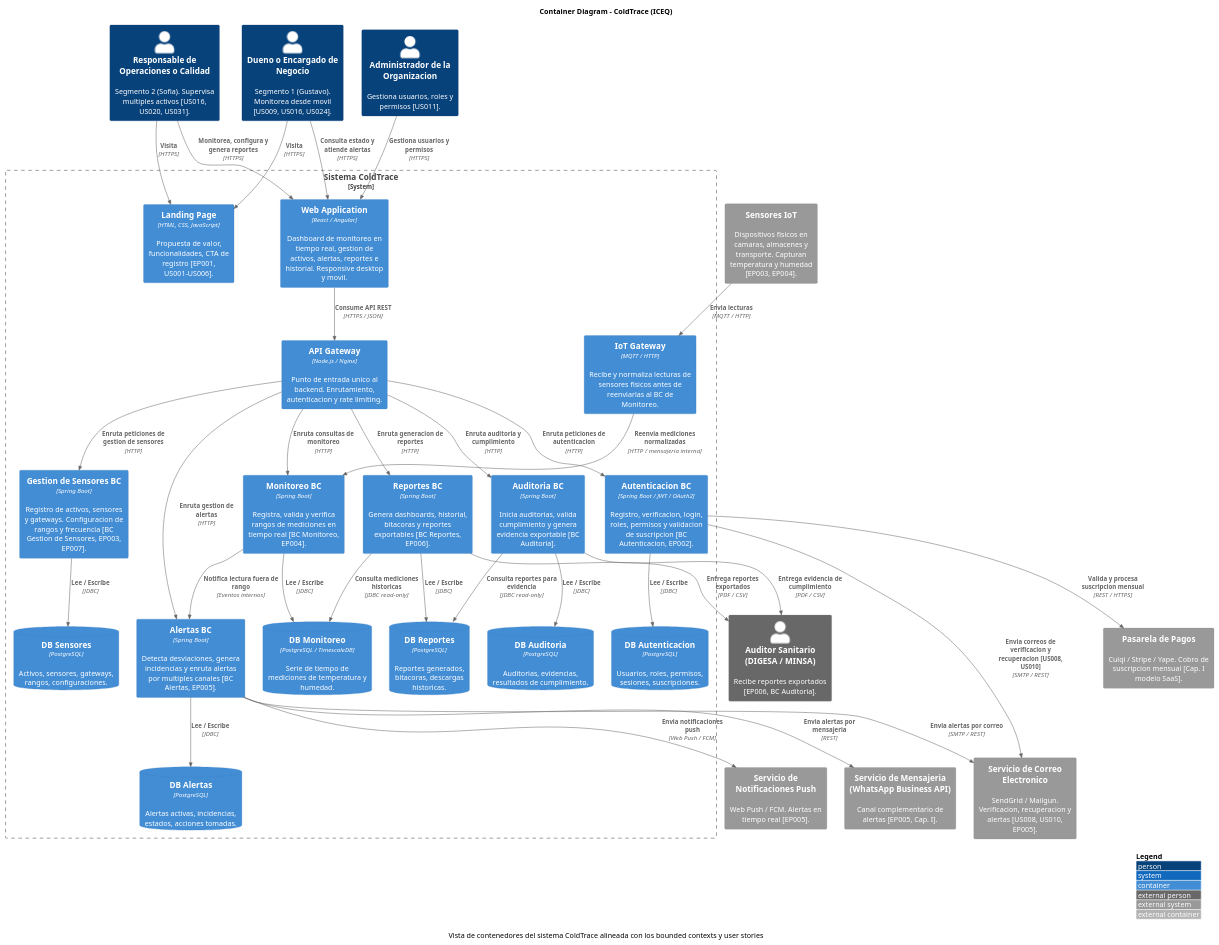
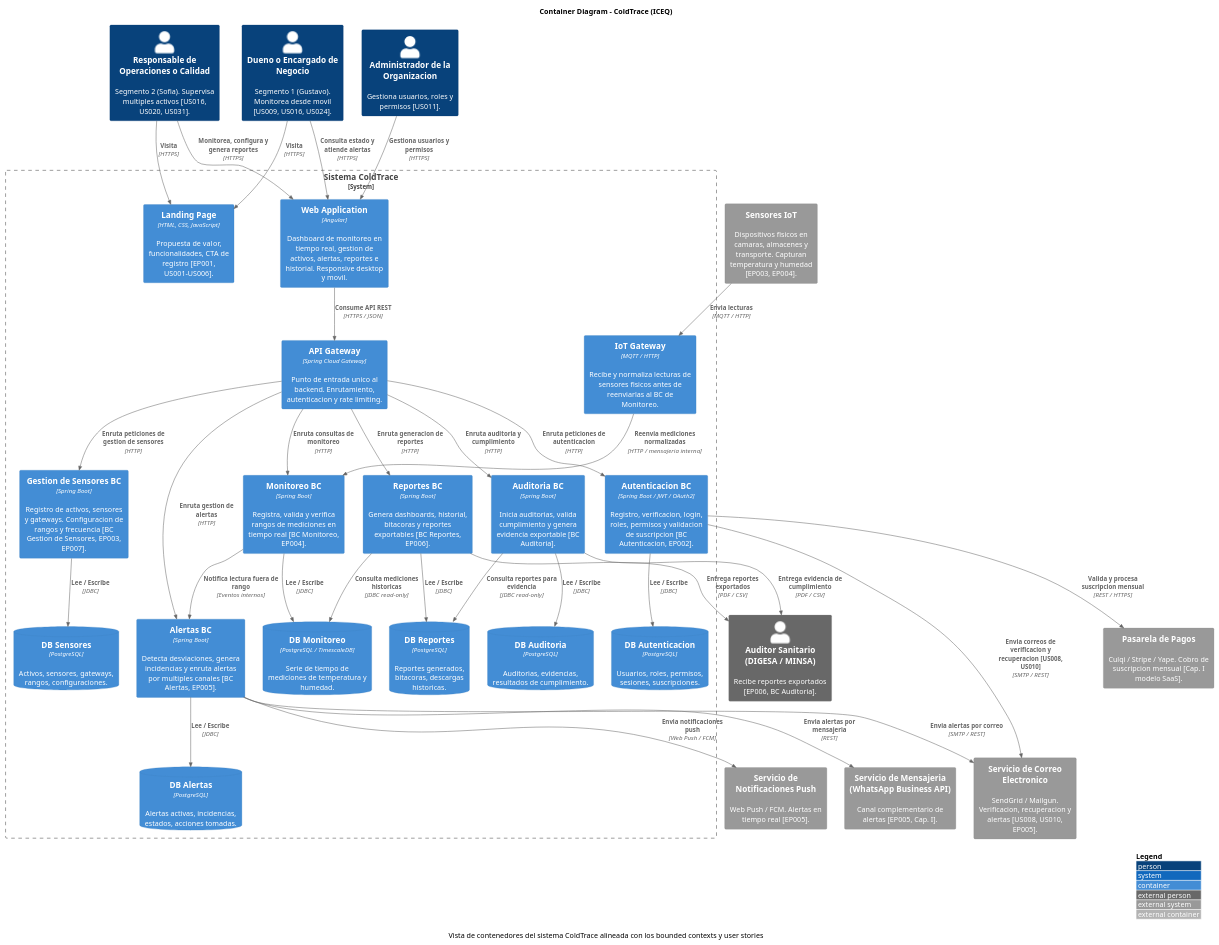
Before and after one commit to ICEQ2026/informe-del-proyecto: the diagram in report/assets/chapter-04/containerdiagram/containerdiagram.puml, drawn with PlantUML.

Commit message:
Fix container diagram: use Angular and Spring Cloud Gateway

```diff
--- a/report/assets/chapter-04/containerdiagram/containerdiagram.puml
+++ b/report/assets/chapter-04/containerdiagram/containerdiagram.puml
@@ -1,118 +1,118 @@
 @startuml ColdTrace-Container-Diagram
 !include https://raw.githubusercontent.com/plantuml-stdlib/C4-PlantUML/master/C4_Container.puml
 
 title Container Diagram - ColdTrace (ICEQ)
 caption Vista de contenedores del sistema ColdTrace alineada con los bounded contexts y user stories
 
 LAYOUT_WITH_LEGEND()
 LAYOUT_TOP_DOWN()
 
 ' Actores principales
 Person(duenio, "Dueno o Encargado de Negocio", "Segmento 1 (Gustavo). Monitorea desde movil [US009, US016, US024].")
 
 Person(responsable, "Responsable de Operaciones o Calidad", "Segmento 2 (Sofia). Supervisa multiples activos [US016, US020, US031].")
 
 Person(admin, "Administrador de la Organizacion", "Gestiona usuarios, roles y permisos [US011].")
 
 Person_Ext(auditor, "Auditor Sanitario (DIGESA / MINSA)", "Recibe reportes exportados [EP006, BC Auditoria].")
 
 ' Sistemas externos
 System_Ext(sensores, "Sensores IoT", "Dispositivos fisicos en camaras, almacenes y transporte. Capturan temperatura y humedad [EP003, EP004].")
 
 System_Ext(email, "Servicio de Correo Electronico", "SendGrid / Mailgun. Verificacion, recuperacion y alertas [US008, US010, EP005].")
 
 System_Ext(push, "Servicio de Notificaciones Push", "Web Push / FCM. Alertas en tiempo real [EP005].")
 
 System_Ext(whatsapp, "Servicio de Mensajeria (WhatsApp Business API)", "Canal complementario de alertas [EP005, Cap. I].")
 
 System_Ext(pagos, "Pasarela de Pagos", "Culqi / Stripe / Yape. Cobro de suscripcion mensual [Cap. I modelo SaaS].")
 
 ' Contenedores principales de ColdTrace
 System_Boundary(coldtrace, "Sistema ColdTrace") {
 
     ' Capa de presentación
     Container(landing, "Landing Page", "HTML, CSS, JavaScript", "Propuesta de valor, funcionalidades, CTA de registro [EP001, US001-US006].")
 
-    Container(webapp, "Web Application", "React / Angular", "Dashboard de monitoreo en tiempo real, gestion de activos, alertas, reportes e historial. Responsive desktop y movil.")
+    Container(webapp, "Web Application", "Angular", "Dashboard de monitoreo en tiempo real, gestion de activos, alertas, reportes e historial. Responsive desktop y movil.")
 
     ' Gateways
-    Container(apigateway, "API Gateway", "Node.js / Nginx", "Punto de entrada unico al backend. Enrutamiento, autenticacion y rate limiting.")
+    Container(apigateway, "API Gateway", "Spring Cloud Gateway", "Punto de entrada unico al backend. Enrutamiento, autenticacion y rate limiting.")
 
     Container(iotgateway, "IoT Gateway", "MQTT / HTTP", "Recibe y normaliza lecturas de sensores fisicos antes de reenviarlas al BC de Monitoreo.")
 
     ' Servicios por contexto
     Container(auth_svc, "Autenticacion BC", "Spring Boot / JWT / OAuth2", "Registro, verificacion, login, roles, permisos y validacion de suscripcion [BC Autenticacion, EP002].")
 
     Container(sensors_svc, "Gestion de Sensores BC", "Spring Boot", "Registro de activos, sensores y gateways. Configuracion de rangos y frecuencia [BC Gestion de Sensores, EP003, EP007].")
 
     Container(monitor_svc, "Monitoreo BC", "Spring Boot", "Registra, valida y verifica rangos de mediciones en tiempo real [BC Monitoreo, EP004].")
 
     Container(alerts_svc, "Alertas BC", "Spring Boot", "Detecta desviaciones, genera incidencias y enruta alertas por multiples canales [BC Alertas, EP005].")
 
     Container(reports_svc, "Reportes BC", "Spring Boot", "Genera dashboards, historial, bitacoras y reportes exportables [BC Reportes, EP006].")
 
     Container(audit_svc, "Auditoria BC", "Spring Boot", "Inicia auditorias, valida cumplimiento y genera evidencia exportable [BC Auditoria].")
 
     ' Bases de datos por contexto
     ContainerDb(db_auth, "DB Autenticacion", "PostgreSQL", "Usuarios, roles, permisos, sesiones, suscripciones.")
 
     ContainerDb(db_sensors, "DB Sensores", "PostgreSQL", "Activos, sensores, gateways, rangos, configuraciones.")
 
     ContainerDb(db_monitor, "DB Monitoreo", "PostgreSQL / TimescaleDB", "Serie de tiempo de mediciones de temperatura y humedad.")
 
     ContainerDb(db_alerts, "DB Alertas", "PostgreSQL", "Alertas activas, incidencias, estados, acciones tomadas.")
 
     ContainerDb(db_reports, "DB Reportes", "PostgreSQL", "Reportes generados, bitacoras, descargas historicas.")
 
     ContainerDb(db_audit, "DB Auditoria", "PostgreSQL", "Auditorias, evidencias, resultados de cumplimiento.")
 }
 
 ' Relaciones principales
 
 ' Acceso de usuarios al frontend
 Rel(duenio, landing, "Visita", "HTTPS")
 Rel(responsable, landing, "Visita", "HTTPS")
 Rel(duenio, webapp, "Consulta estado y atiende alertas", "HTTPS")
 Rel(responsable, webapp, "Monitorea, configura y genera reportes", "HTTPS")
 Rel(admin, webapp, "Gestiona usuarios y permisos", "HTTPS")
 
 ' Comunicación del frontend con el backend
 Rel(webapp, apigateway, "Consume API REST", "HTTPS / JSON")
 
 ' Flujo de lecturas desde dispositivos IoT
 Rel(sensores, iotgateway, "Envia lecturas", "MQTT / HTTP")
 Rel(iotgateway, monitor_svc, "Reenvia mediciones normalizadas", "HTTP / mensajeria interna")
 
 ' Enrutamiento desde el API Gateway
 Rel(apigateway, auth_svc, "Enruta peticiones de autenticacion", "HTTP")
 Rel(apigateway, sensors_svc, "Enruta peticiones de gestion de sensores", "HTTP")
 Rel(apigateway, monitor_svc, "Enruta consultas de monitoreo", "HTTP")
 Rel(apigateway, alerts_svc, "Enruta gestion de alertas", "HTTP")
 Rel(apigateway, reports_svc, "Enruta generacion de reportes", "HTTP")
 Rel(apigateway, audit_svc, "Enruta auditoria y cumplimiento", "HTTP")
 
 ' Persistencia por contexto
 Rel(auth_svc, db_auth, "Lee / Escribe", "JDBC")
 Rel(sensors_svc, db_sensors, "Lee / Escribe", "JDBC")
 Rel(monitor_svc, db_monitor, "Lee / Escribe", "JDBC")
 Rel(alerts_svc, db_alerts, "Lee / Escribe", "JDBC")
 Rel(reports_svc, db_reports, "Lee / Escribe", "JDBC")
 Rel(audit_svc, db_audit, "Lee / Escribe", "JDBC")
 
 ' Comunicación entre contextos
 Rel(monitor_svc, alerts_svc, "Notifica lectura fuera de rango", "Eventos internos")
 Rel(reports_svc, db_monitor, "Consulta mediciones historicas", "JDBC read-only")
 Rel(audit_svc, db_reports, "Consulta reportes para evidencia", "JDBC read-only")
 
 ' Integración con servicios externos
 Rel(auth_svc, email, "Envia correos de verificacion y recuperacion [US008, US010]", "SMTP / REST")
 Rel(auth_svc, pagos, "Valida y procesa suscripcion mensual", "REST / HTTPS")
 Rel(alerts_svc, email, "Envia alertas por correo", "SMTP / REST")
 Rel(alerts_svc, push, "Envia notificaciones push", "Web Push / FCM")
 Rel(alerts_svc, whatsapp, "Envia alertas por mensajeria", "REST")
 
 ' Entrega de información al auditor externo
 Rel(reports_svc, auditor, "Entrega reportes exportados", "PDF / CSV")
 Rel(audit_svc, auditor, "Entrega evidencia de cumplimiento", "PDF / CSV")
 
 @enduml
```
